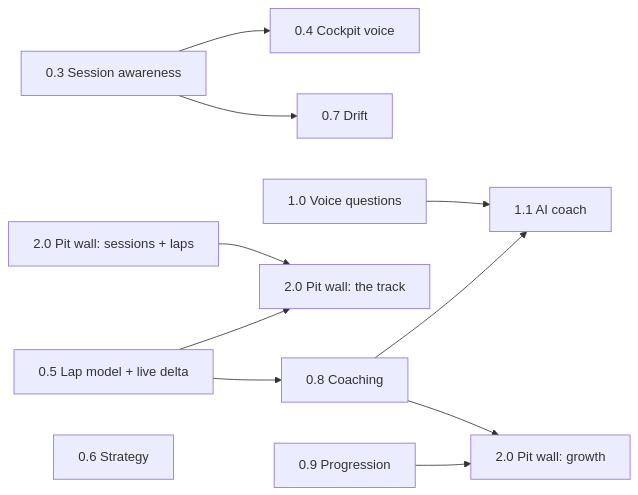
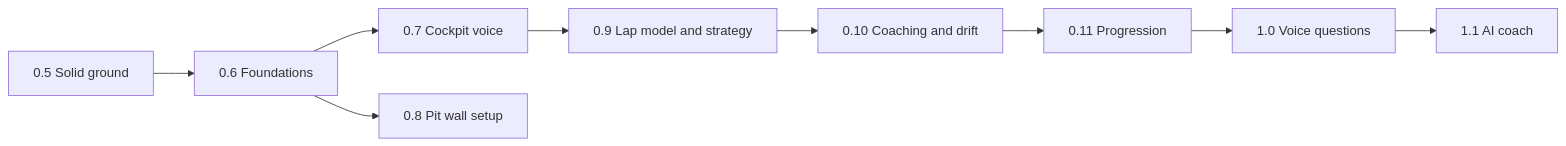
The diagram in ROADMAP.md (those-who-run/those-who-run), drawn with Mermaid before and after one commit. The commit also changed other lines of this file, not shown here.

Commit message:
docs: roadmap by release after the 2026-10-17 reviews (#198)

````diff
--- a/ROADMAP.md
+++ b/ROADMAP.md
@@ -40,13 +49,11 @@
 ```mermaid
 flowchart LR
-  S03[0.3 Session awareness] --> V04[0.4 Cockpit voice]
-  S03 --> D07[0.7 Drift]
-  L05[0.5 Lap model + live delta] --> C08[0.8 Coaching]
-  C08 --> AI11[1.1 AI coach]
-  L05 --> PW2[2.0 Pit wall: the track]
-  PW1[2.0 Pit wall: sessions + laps] --> PW2
-  P09[0.9 Progression] --> PW3[2.0 Pit wall: growth]
-  C08 --> PW3
-  Q10[1.0 Voice questions] --> AI11
-  S06[0.6 Strategy]
+  R05[0.5 Solid ground] --> R06[0.6 Foundations]
+  R06 --> R07[0.7 Cockpit voice]
+  R06 --> R08[0.8 Pit wall setup]
+  R07 --> R09[0.9 Lap model and strategy]
+  R09 --> R010[0.10 Coaching and drift]
+  R010 --> R011[0.11 Progression]
+  R011 --> R10[1.0 Voice questions]
+  R10 --> R11[1.1 AI coach]
 ```
````
